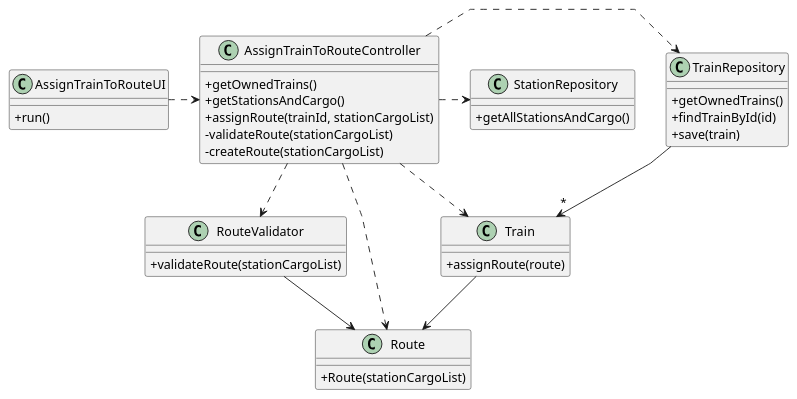
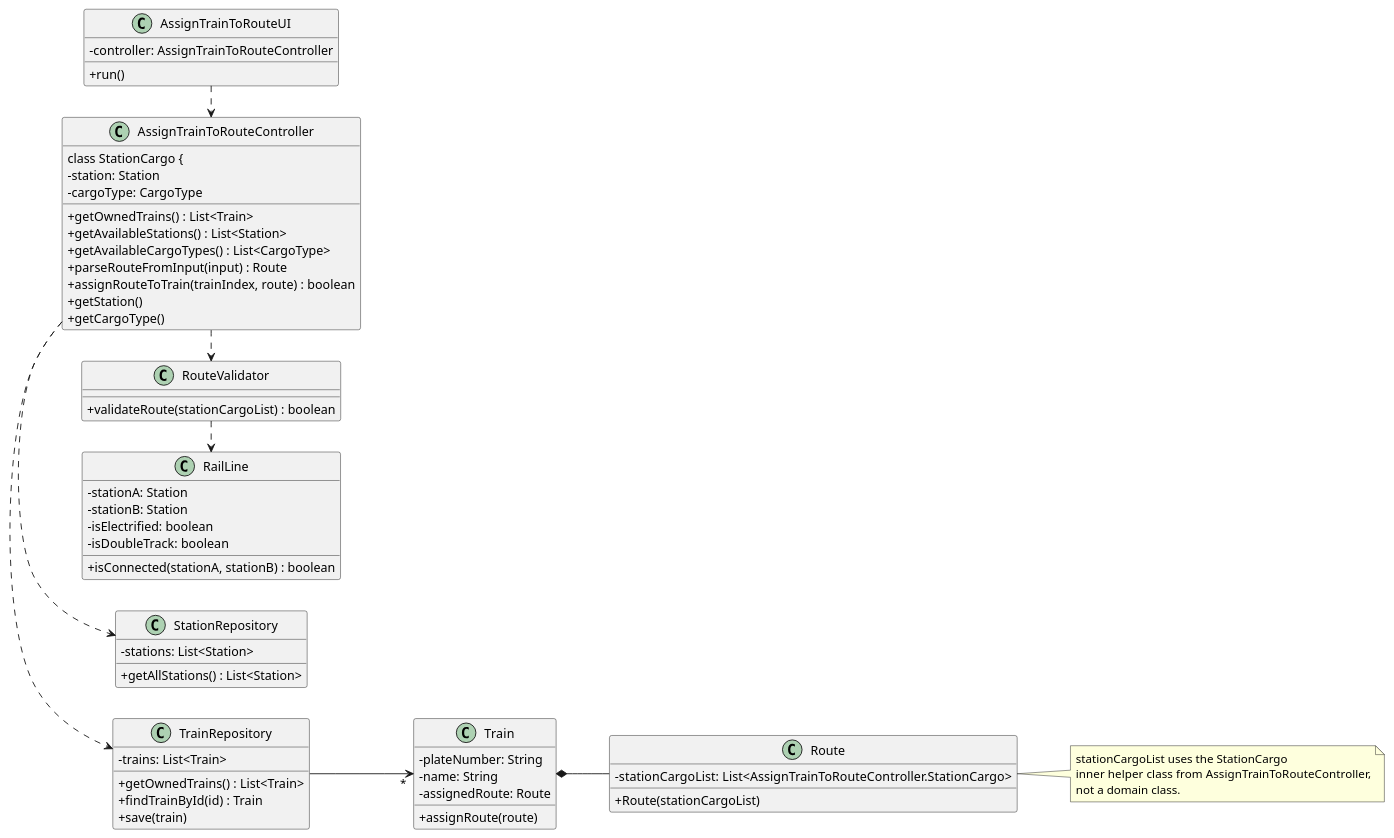
One commit to 1240826/empire-on-tracks changed the diagram in docs/system-documentation/US010/03.design/puml/US010-CD.puml. Above: the diagram before and after it, drawn with PlantUML. The commit also changed 24 other files, not shown here.

```diff
--- a/docs/system-documentation/US010/03.design/puml/US010-CD.puml
+++ b/docs/system-documentation/US010/03.design/puml/US010-CD.puml
@@ -1,52 +1,79 @@
 @startuml
+left to right direction
 skinparam packageStyle rectangle
 skinparam shadowing false
-skinparam linetype polyline
 skinparam classAttributeIconSize 0
 
 class AssignTrainToRouteUI {
+    - controller: AssignTrainToRouteController
     + run()
 }
 
 class AssignTrainToRouteController {
-    + getOwnedTrains()
-    + getStationsAndCargo()
-    + assignRoute(trainId, stationCargoList)
-    - validateRoute(stationCargoList)
-    - createRoute(stationCargoList)
-}
+    + getOwnedTrains() : List<Train>
+    + getAvailableStations() : List<Station>
+    + getAvailableCargoTypes() : List<CargoType>
+    + parseRouteFromInput(input) : Route
+    + assignRouteToTrain(trainIndex, route) : boolean
+
+    ' Inner helper class
+    class StationCargo {
+        - station: Station
+        - cargoType: CargoType
+        + getStation()
+        + getCargoType()
+    }
+
 
 class TrainRepository {
-    + getOwnedTrains()
-    + findTrainById(id)
+    - trains: List<Train>
+    + getOwnedTrains() : List<Train>
+    + findTrainById(id) : Train
     + save(train)
-}
+    }
 
 class StationRepository {
-    + getAllStationsAndCargo()
+    - stations: List<Station>
+    + getAllStations() : List<Station>
 }
 
 class RouteValidator {
-    + validateRoute(stationCargoList)
+    + validateRoute(stationCargoList) : boolean
+}
+
+class RailLine {
+    - stationA: Station
+    - stationB: Station
+    - isElectrified: boolean
+    - isDoubleTrack: boolean
+    + isConnected(stationA, stationB) : boolean
+}
+
+class Train {
+    - plateNumber: String
+    - name: String
+    - assignedRoute: Route
+    + assignRoute(route)
 }
 
 class Route {
+    - stationCargoList: List<AssignTrainToRouteController.StationCargo>
     + Route(stationCargoList)
 }
 
-class Train {
-    + assignRoute(route)
-}
+' Associations
+AssignTrainToRouteUI           .> AssignTrainToRouteController
+AssignTrainToRouteController   .> TrainRepository
+AssignTrainToRouteController   .> StationRepository
+AssignTrainToRouteController   .> RouteValidator
+RouteValidator                 .> RailLine
+TrainRepository                --> "*" Train
+Train                          *--  Route
 
-AssignTrainToRouteUI .> AssignTrainToRouteController
-AssignTrainToRouteController .> TrainRepository
-AssignTrainToRouteController .> StationRepository
-AssignTrainToRouteController .> RouteValidator
-AssignTrainToRouteController .> Route
-AssignTrainToRouteController .> Train
-
-TrainRepository --> "*" Train
-RouteValidator --> Route
-Train  -->  Route
+note right of Route
+  stationCargoList uses the StationCargo
+  inner helper class from AssignTrainToRouteController,
+  not a domain class.
+end note
 
 @enduml
```
